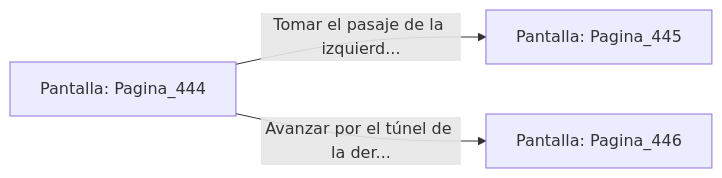
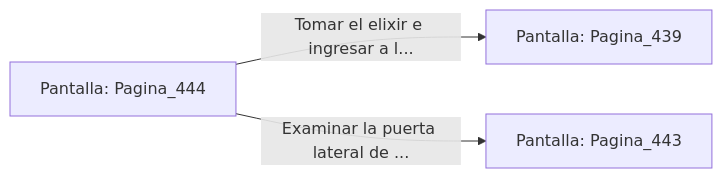
Before and after one commit to metsuke/mpl: the diagram in sample/eligejuego-vault/Pantalla_Pagina_444.md, drawn with Mermaid. The commit also changed other lines of this file and 635 other files, not shown here.

First line of the commit message:
fix: añadir Pagina_1 como pantalla inicial en capitulo_01.mpl

````diff
--- a/sample/eligejuego-vault/Pantalla_Pagina_444.md
+++ b/sample/eligejuego-vault/Pantalla_Pagina_444.md
@@ -20,6 +22,6 @@
 ```mermaid
 graph LR
     P_Pagina_444["Pantalla: Pagina_444"]
-    P_Pagina_444 -->|"Tomar el pasaje de la izquierd..."| P_Pagina_445["Pantalla: Pagina_445"]
-    P_Pagina_444 -->|"Avanzar por el túnel de la der..."| P_Pagina_446["Pantalla: Pagina_446"]
+    P_Pagina_444 -->|"Tomar el elixir e ingresar a l..."| P_Pagina_439["Pantalla: Pagina_439"]
+    P_Pagina_444 -->|"Examinar la puerta lateral de ..."| P_Pagina_443["Pantalla: Pagina_443"]
 ```
````
